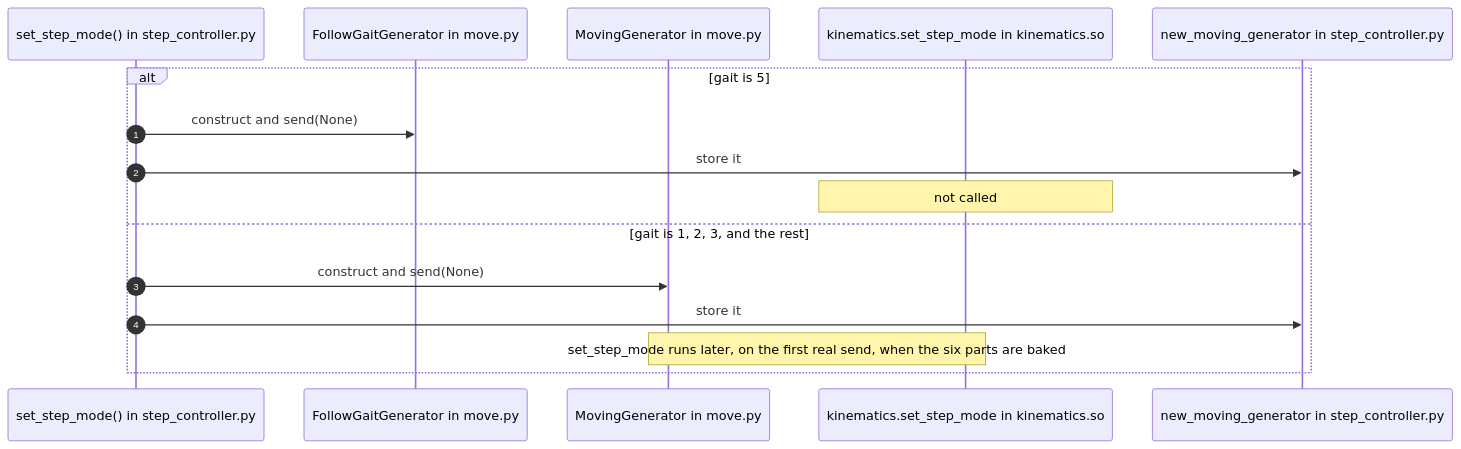
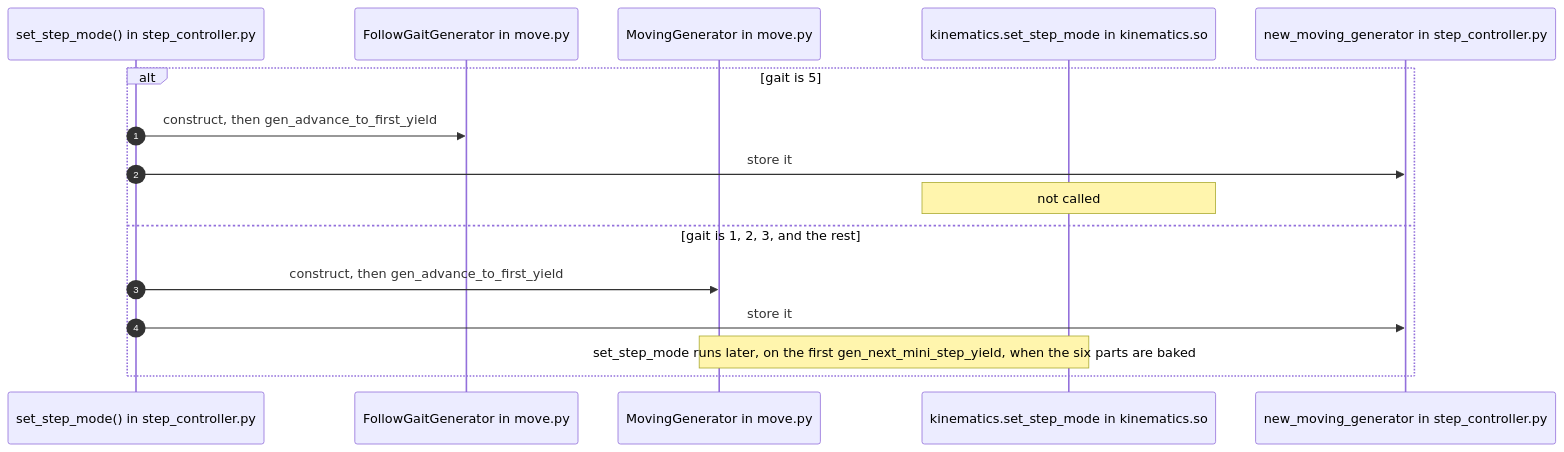
One commit to ganapetya/masha changed the second of 8 diagrams in ros2_ws/src/hexapod_kinematics/movement.md. Above: the diagram before and after it, drawn with Mermaid. The commit also changed other lines of this file and 11 other files, not shown here.

````diff
--- a/ros2_ws/src/hexapod_kinematics/movement.md
+++ b/ros2_ws/src/hexapod_kinematics/movement.md
@@ -97,19 +97,19 @@
 ```mermaid
 sequenceDiagram
     autonumber
     participant Mode as set_step_mode() in step_controller.py
     participant Follow as FollowGaitGenerator in move.py
     participant Move as MovingGenerator in move.py
     participant So as kinematics.set_step_mode in kinematics.so
     participant Queue as new_moving_generator in step_controller.py
 
     alt gait is 5
-        Mode->>Follow: construct and send(None)
+        Mode->>Follow: construct, then gen_advance_to_first_yield
         Mode->>Queue: store it
         Note over So: not called
     else gait is 1, 2, 3, and the rest
-        Mode->>Move: construct and send(None)
+        Mode->>Move: construct, then gen_advance_to_first_yield
         Mode->>Queue: store it
-        Note over Move,So: set_step_mode runs later, on the first real send, when the six parts are baked
+        Note over Move,So: set_step_mode runs later, on the first gen_next_mini_step_yield, when the six parts are baked
     end
 ```
````
